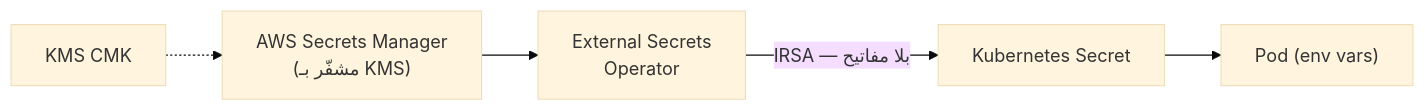
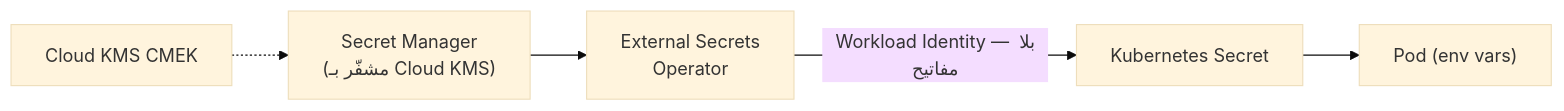
One commit to ahmedselimmansor-ctrl/ecomerce-microservices changed the second of 2 diagrams in docs/07-security.md. Above: the diagram before and after it, drawn with Mermaid (base theme). The commit also changed other lines of this file and 85 other files, not shown here.

First line of the commit message:
migrate: من AWS إلى Google Cloud، وREADME بمخططات المعمارية والبيانات

````diff
--- a/docs/07-security.md
+++ b/docs/07-security.md
@@ -160,7 +193,7 @@
 ```mermaid
 flowchart LR
-    SM["AWS Secrets Manager<br/>(مشفّر بـ KMS)"] --> ESO["External Secrets<br/>Operator"]
-    ESO -->|"IRSA — بلا مفاتيح"| K8S["Kubernetes Secret"]
+    SM["Secret Manager<br/>(مشفّر بـ Cloud KMS)"] --> ESO["External Secrets<br/>Operator"]
+    ESO -->|"Workload Identity — بلا مفاتيح"| K8S["Kubernetes Secret"]
     K8S --> POD["Pod (env vars)"]
-    KMS["KMS CMK"] -.-> SM
+    KMS["Cloud KMS CMEK"] -.-> SM
 ```
````
